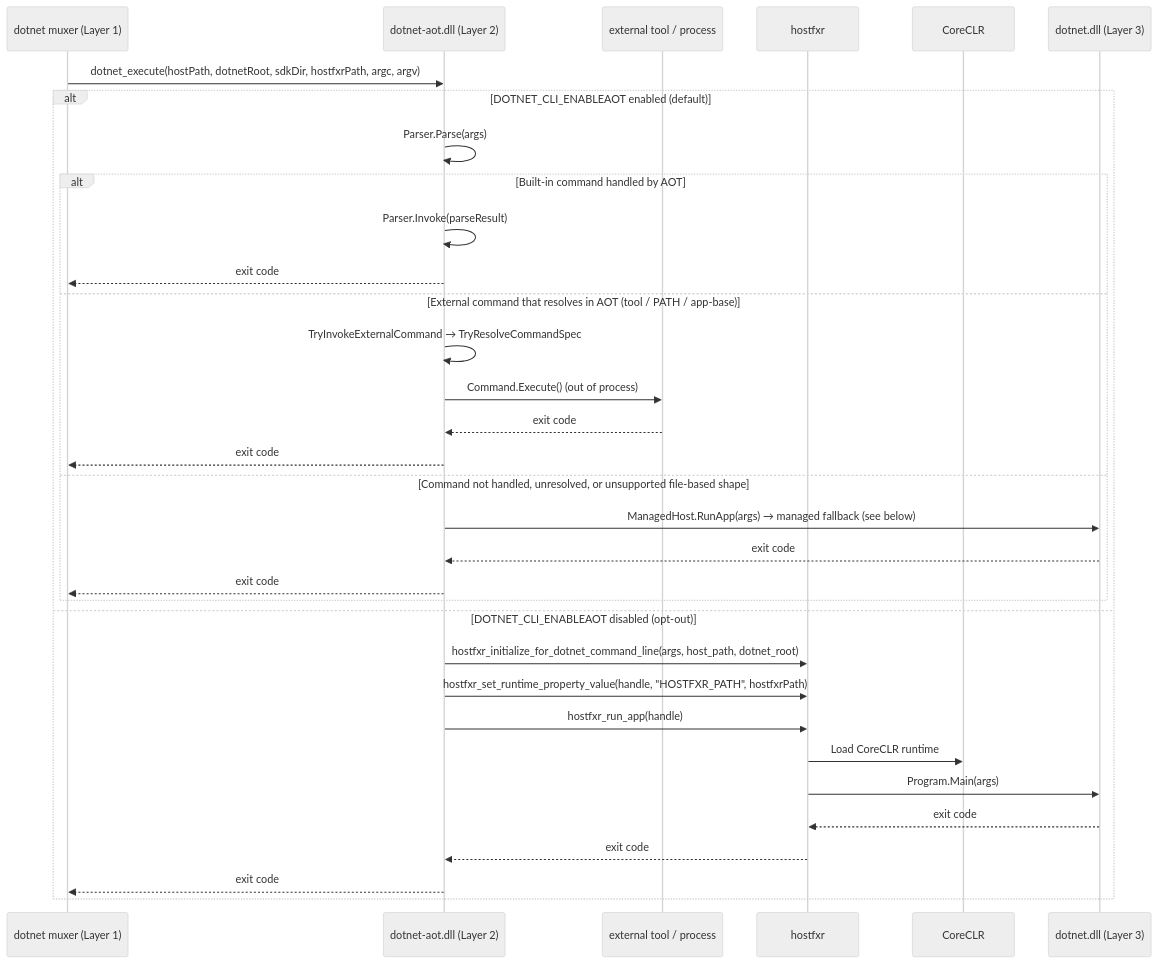
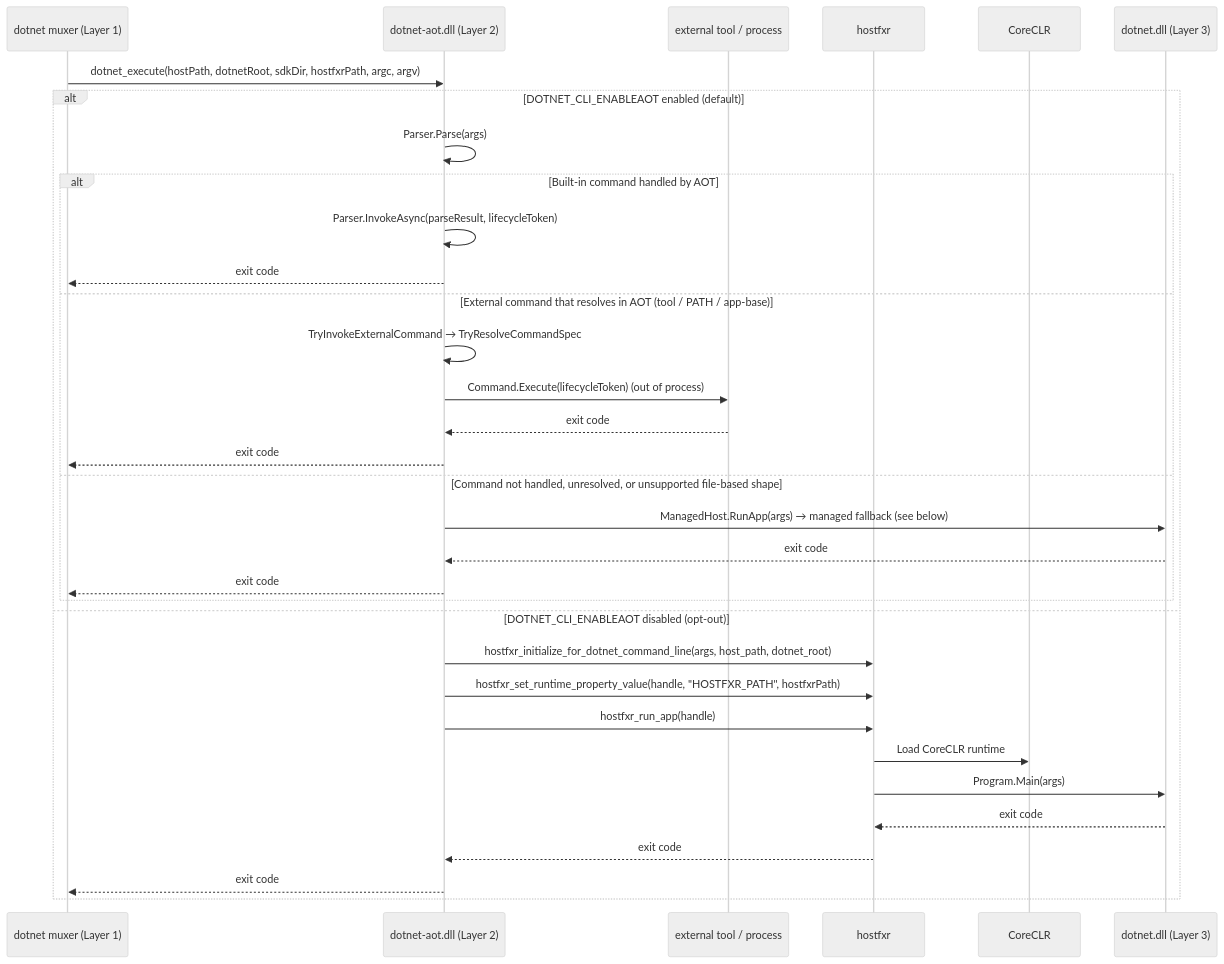
Before and after one commit to dotnet/sdk: the second of 6 diagrams in src/Cli/dotnet-aot/DESIGN.md, drawn with Mermaid (neutral theme). The commit also changed other lines of this file and 21 other files, not shown here.

````diff
--- a/src/Cli/dotnet-aot/DESIGN.md
+++ b/src/Cli/dotnet-aot/DESIGN.md
@@ -199,37 +199,37 @@
 ```mermaid
 sequenceDiagram
     participant dn as dotnet muxer (Layer 1)
     participant aot as dotnet-aot.dll (Layer 2)
     participant tool as external tool / process
     participant hfxr as hostfxr
     participant clr as CoreCLR
     participant cli as dotnet.dll (Layer 3)
 
     dn->>aot: dotnet_execute(hostPath, dotnetRoot, sdkDir, hostfxrPath, argc, argv)
 
     alt DOTNET_CLI_ENABLEAOT enabled (default)
         aot->>aot: Parser.Parse(args)
         alt Built-in command handled by AOT
-            aot->>aot: Parser.Invoke(parseResult)
+            aot->>aot: Parser.InvokeAsync(parseResult, lifecycleToken)
             aot-->>dn: exit code
         else External command that resolves in AOT (tool / PATH / app-base)
             aot->>aot: TryInvokeExternalCommand → TryResolveCommandSpec
-            aot->>tool: Command.Execute() (out of process)
+            aot->>tool: Command.Execute(lifecycleToken) (out of process)
             tool-->>aot: exit code
             aot-->>dn: exit code
         else Command not handled, unresolved, or unsupported file-based shape
             aot->>cli: ManagedHost.RunApp(args) → managed fallback (see below)
             cli-->>aot: exit code
             aot-->>dn: exit code
         end
     else DOTNET_CLI_ENABLEAOT disabled (opt-out)
         aot->>hfxr: hostfxr_initialize_for_dotnet_command_line(args, host_path, dotnet_root)
         aot->>hfxr: hostfxr_set_runtime_property_value(handle, "HOSTFXR_PATH", hostfxrPath)
         aot->>hfxr: hostfxr_run_app(handle)
         hfxr->>clr: Load CoreCLR runtime
         hfxr->>cli: Program.Main(args)
         cli-->>hfxr: exit code
         hfxr-->>aot: exit code
         aot-->>dn: exit code
     end
 ```
````
